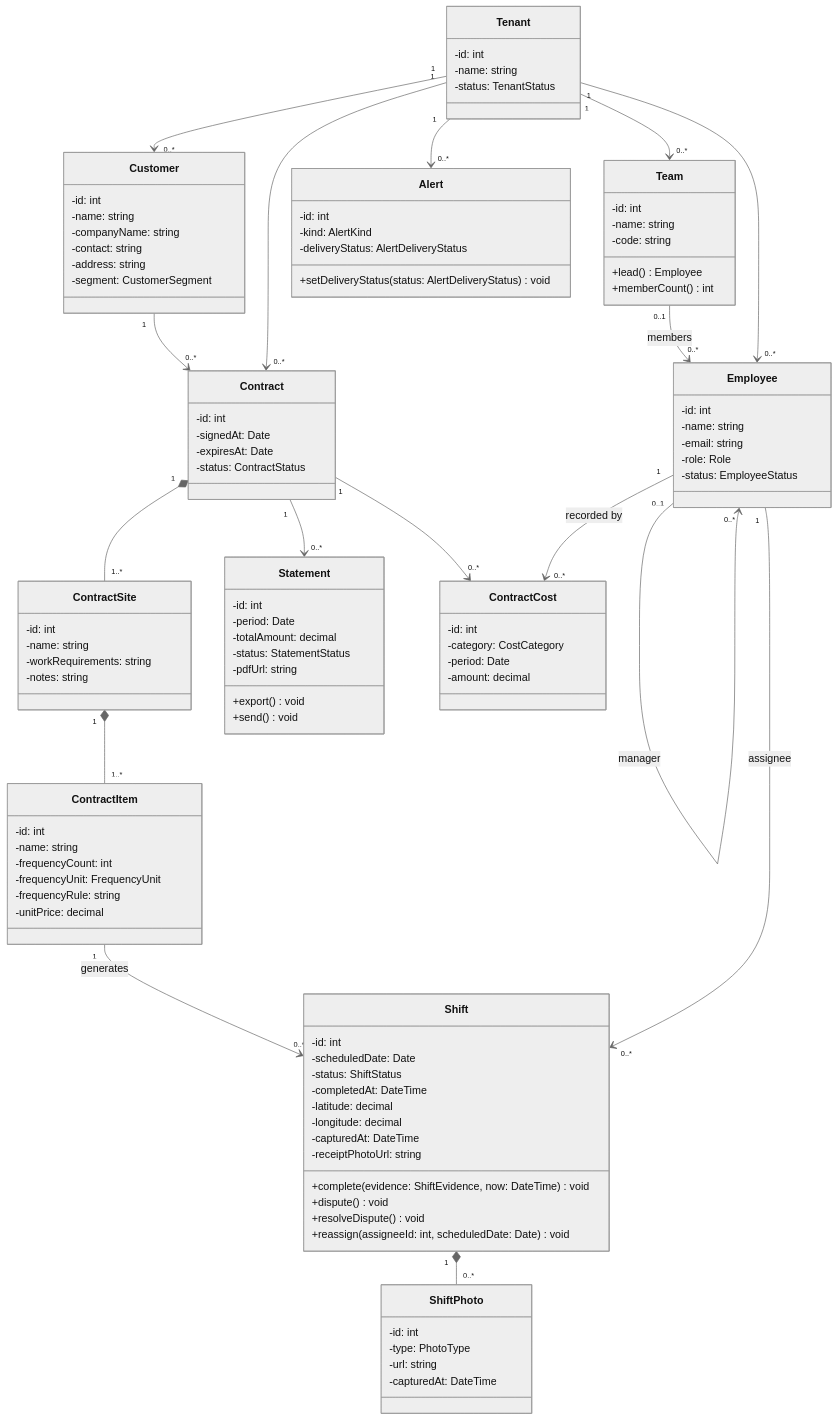
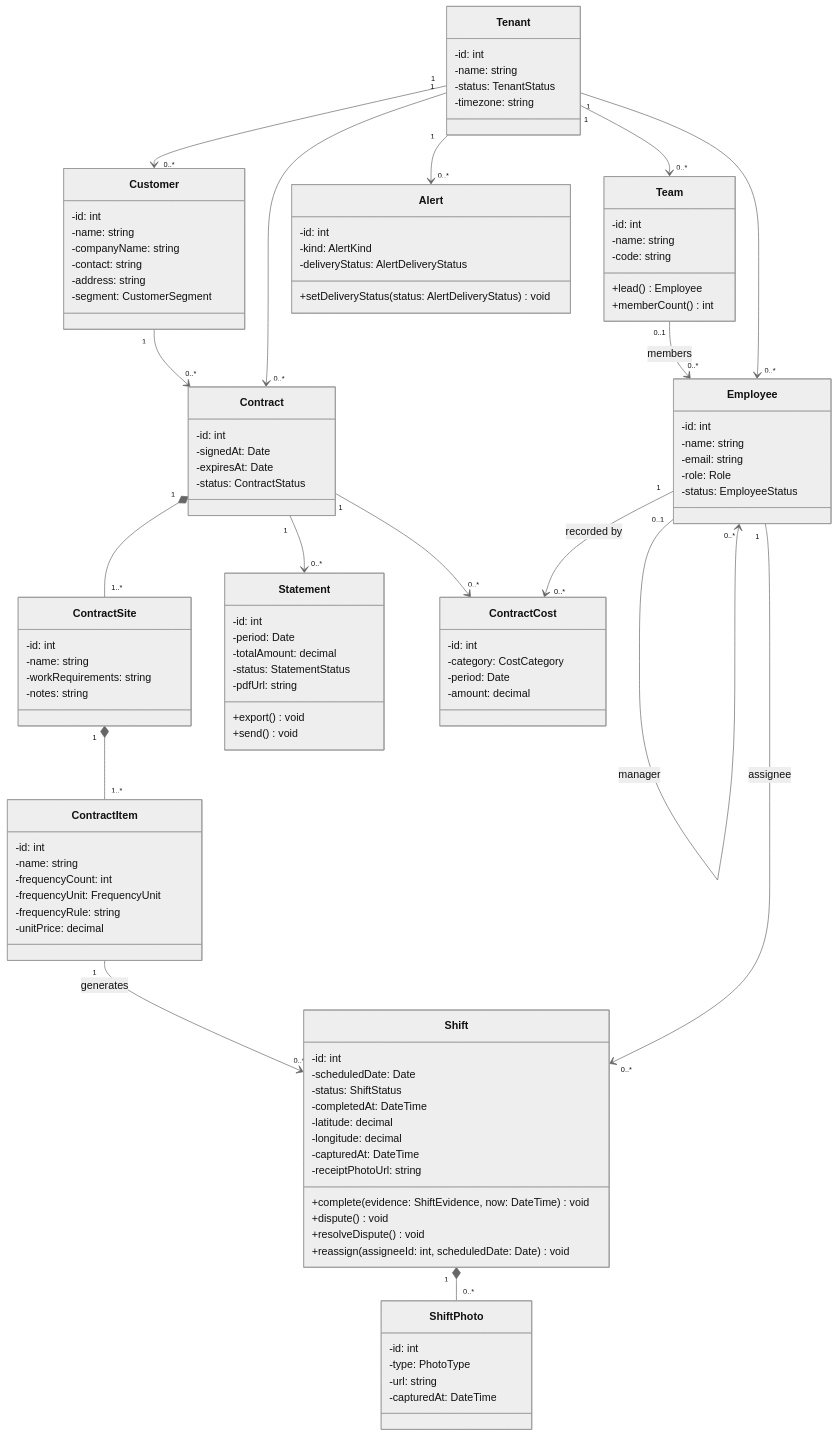
The fifth of 17 diagrams in README.md (dDxCg/contrack), drawn with Mermaid (neutral theme) before and after one commit. The commit also changed 43 other files, not shown here.

```diff
--- a/README.md
+++ b/README.md
@@ -218,6 +218,7 @@
         -id: int
         -name: string
         -status: TenantStatus
+        -timezone: string
     }
     class Customer {
         -id: int
```
